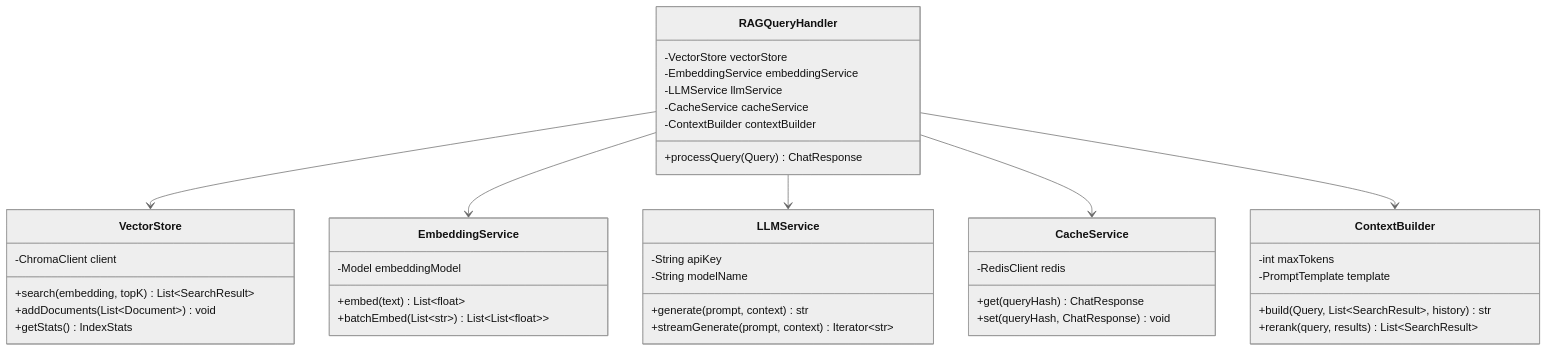
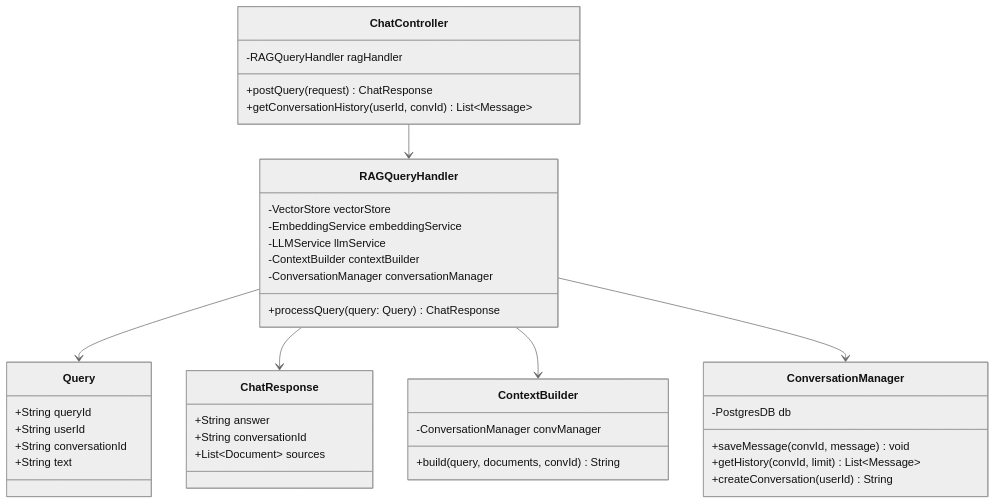
The third of 13 diagrams in README.md (tvanle/Module2-HTTM), drawn with Mermaid (neutral theme) before and after one commit. The commit also changed other lines of this file, not shown here.

````diff
--- a/README.md
+++ b/README.md
@@ -250,50 +216,48 @@
 ```mermaid
 classDiagram
+    class ChatController {
+        -RAGQueryHandler ragHandler
+        +postQuery(request) ChatResponse
+        +getConversationHistory(userId, convId) List~Message~
+    }
+
     class RAGQueryHandler {
         -VectorStore vectorStore
         -EmbeddingService embeddingService
         -LLMService llmService
-        -CacheService cacheService
         -ContextBuilder contextBuilder
-        +processQuery(Query) ChatResponse
+        -ConversationManager conversationManager
+        +processQuery(query: Query) ChatResponse
     }
 
-    class VectorStore {
-        -ChromaClient client
-        +search(embedding, topK) List~SearchResult~
-        +addDocuments(List~Document~) void
-        +getStats() IndexStats
+    class Query {
+        +String queryId
+        +String userId
+        +String conversationId
+        +String text
     }
 
-    class EmbeddingService {
-        -Model embeddingModel
-        +embed(text) List~float~
-        +batchEmbed(List~str~) List~List~float~~
-    }
-
-    class LLMService {
-        -String apiKey
-        -String modelName
-        +generate(prompt, context) str
-        +streamGenerate(prompt, context) Iterator~str~
+    class ChatResponse {
+        +String answer
+        +String conversationId
+        +List~Document~ sources
     }
 
     class ContextBuilder {
-        -int maxTokens
-        -PromptTemplate template
-        +build(Query, List~SearchResult~, history) str
-        +rerank(query, results) List~SearchResult~
+        -ConversationManager convManager
+        +build(query, documents, convId) String
     }
 
-    class CacheService {
-        -RedisClient redis
-        +get(queryHash) ChatResponse
-        +set(queryHash, ChatResponse) void
+    class ConversationManager {
+        -PostgresDB db
+        +saveMessage(convId, message) void
+        +getHistory(convId, limit) List~Message~
+        +createConversation(userId) String
     }
 
-    RAGQueryHandler --> VectorStore
-    RAGQueryHandler --> EmbeddingService
-    RAGQueryHandler --> LLMService
-    RAGQueryHandler --> CacheService
+    ChatController --> RAGQueryHandler
+    RAGQueryHandler --> Query
+    RAGQueryHandler --> ChatResponse
     RAGQueryHandler --> ContextBuilder
+    RAGQueryHandler --> ConversationManager
 ```
````
